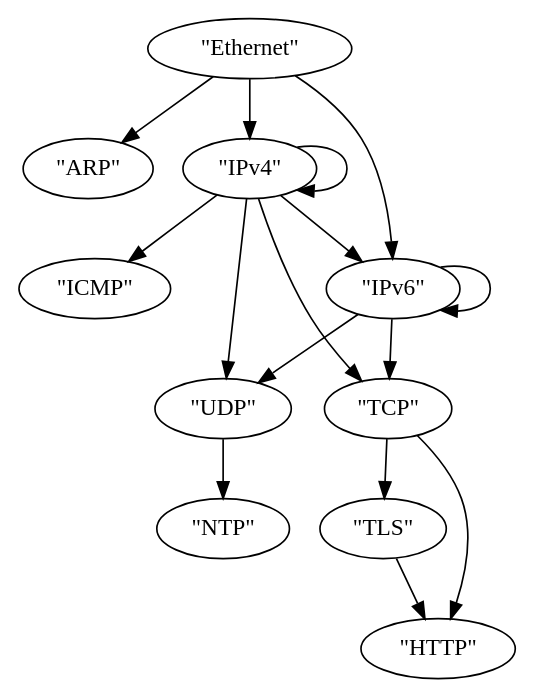
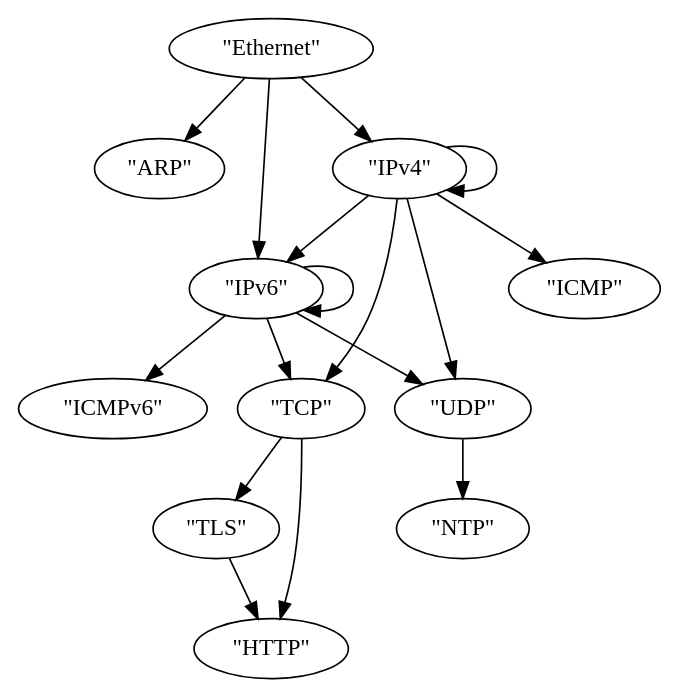
One commit to saschagrunert/peel-ip changed the diagram in graph.dot. Above: the diagram before and after it, drawn with Graphviz. The commit also changed 9 other files, not shown here.

```diff
--- a/graph.dot
+++ b/graph.dot
@@ -1,27 +1,29 @@
 digraph {
     0 [label="\"Ethernet\""]
     1 [label="\"ARP\""]
     2 [label="\"IPv4\""]
     3 [label="\"IPv6\""]
     4 [label="\"ICMP\""]
-    5 [label="\"TCP\""]
-    6 [label="\"UDP\""]
-    7 [label="\"TLS\""]
-    8 [label="\"HTTP\""]
-    9 [label="\"NTP\""]
+    5 [label="\"ICMPv6\""]
+    6 [label="\"TCP\""]
+    7 [label="\"UDP\""]
+    8 [label="\"TLS\""]
+    9 [label="\"HTTP\""]
+    10 [label="\"NTP\""]
     0 -> 1
     0 -> 2
     0 -> 3
     2 -> 3
     2 -> 2
     3 -> 3
     2 -> 4
-    2 -> 5
     3 -> 5
     2 -> 6
     3 -> 6
-    5 -> 7
-    5 -> 8
-    7 -> 8
+    2 -> 7
+    3 -> 7
+    6 -> 8
     6 -> 9
+    8 -> 9
+    7 -> 10
 }
```
